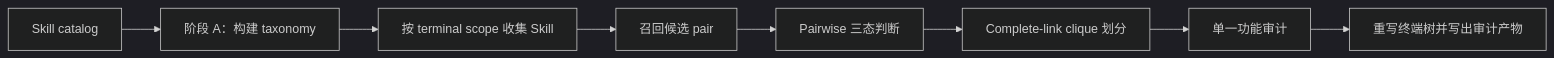
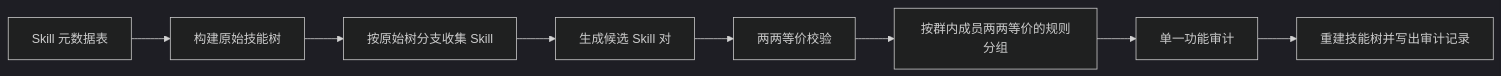
The diagram in docs/zh/Symphony-Skill等价群归一设计.md (openJiuwen-ai/jiuwenclaw), drawn with Mermaid (dark theme) before and after one commit. The commit also changed other lines of this file, not shown here.

````diff
--- a/docs/zh/Symphony-Skill等价群归一设计.md
+++ b/docs/zh/Symphony-Skill等价群归一设计.md
@@ -60,10 +50,10 @@
 ```mermaid
 flowchart LR
-    A["Skill catalog"] --> B["阶段 A：构建 taxonomy"]
-    B --> C["按 terminal scope 收集 Skill"]
-    C --> D["召回候选 pair"]
-    D --> E["Pairwise 三态判断"]
-    E --> F["Complete-link clique 划分"]
+    A["Skill 元数据表"] --> B["构建原始技能树"]
+    B --> C["按原始树分支收集 Skill"]
+    C --> D["生成候选 Skill 对"]
+    D --> E["两两等价校验"]
+    E --> F["按群内成员两两等价的规则分组"]
     F --> G["单一功能审计"]
-    G --> H["重写终端树并写出审计产物"]
+    G --> H["重建技能树并写出审计记录"]
 ```
````
